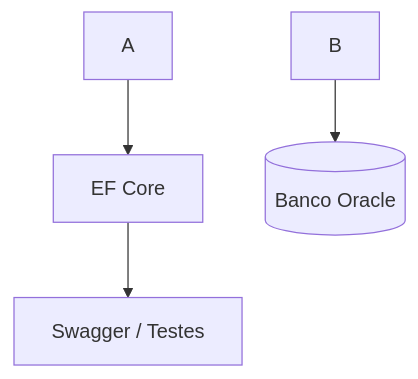
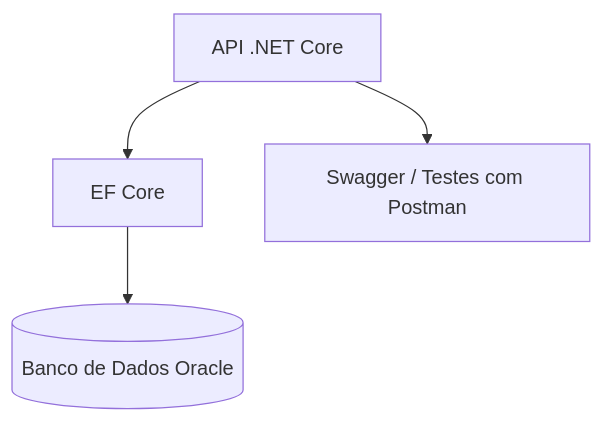
The diagram in README.md (mlunahodov/hidrosafe-api-dotnet), drawn with Mermaid before and after one commit. The commit also changed other lines of this file, not shown here.

Commit message:
Adicionando README

````diff
--- a/README.md
+++ b/README.md
@@ -23,6 +23,6 @@
 ```mermaid
 graph TD
-    A --> C[EF Core]
-    B --> D[(Banco Oracle)]
-    C --> E[Swagger / Testes]
+    A[API .NET Core] --> B[EF Core]
+    B --> C[(Banco de Dados Oracle)]
+    A --> D[Swagger / Testes com Postman]
 ```
````
